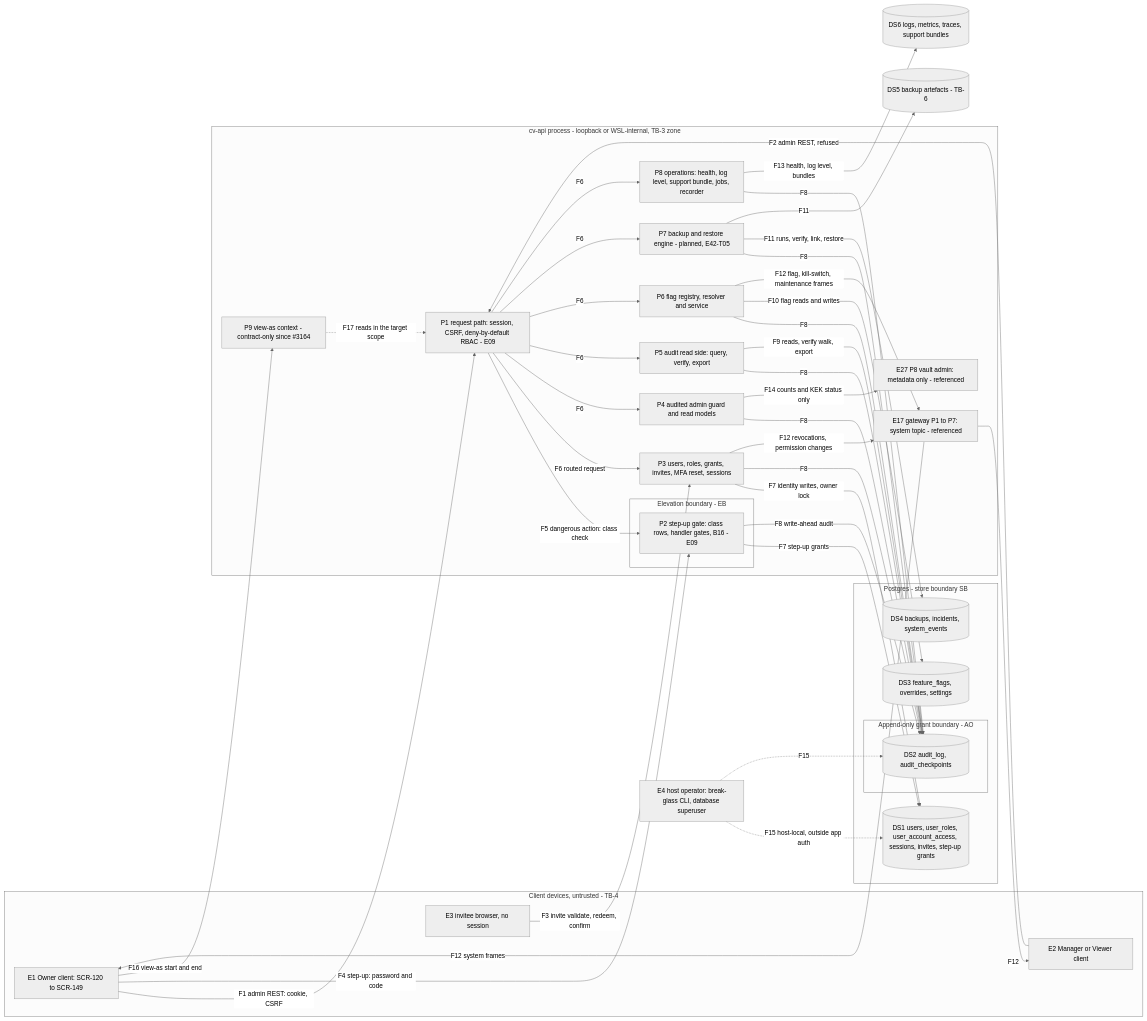
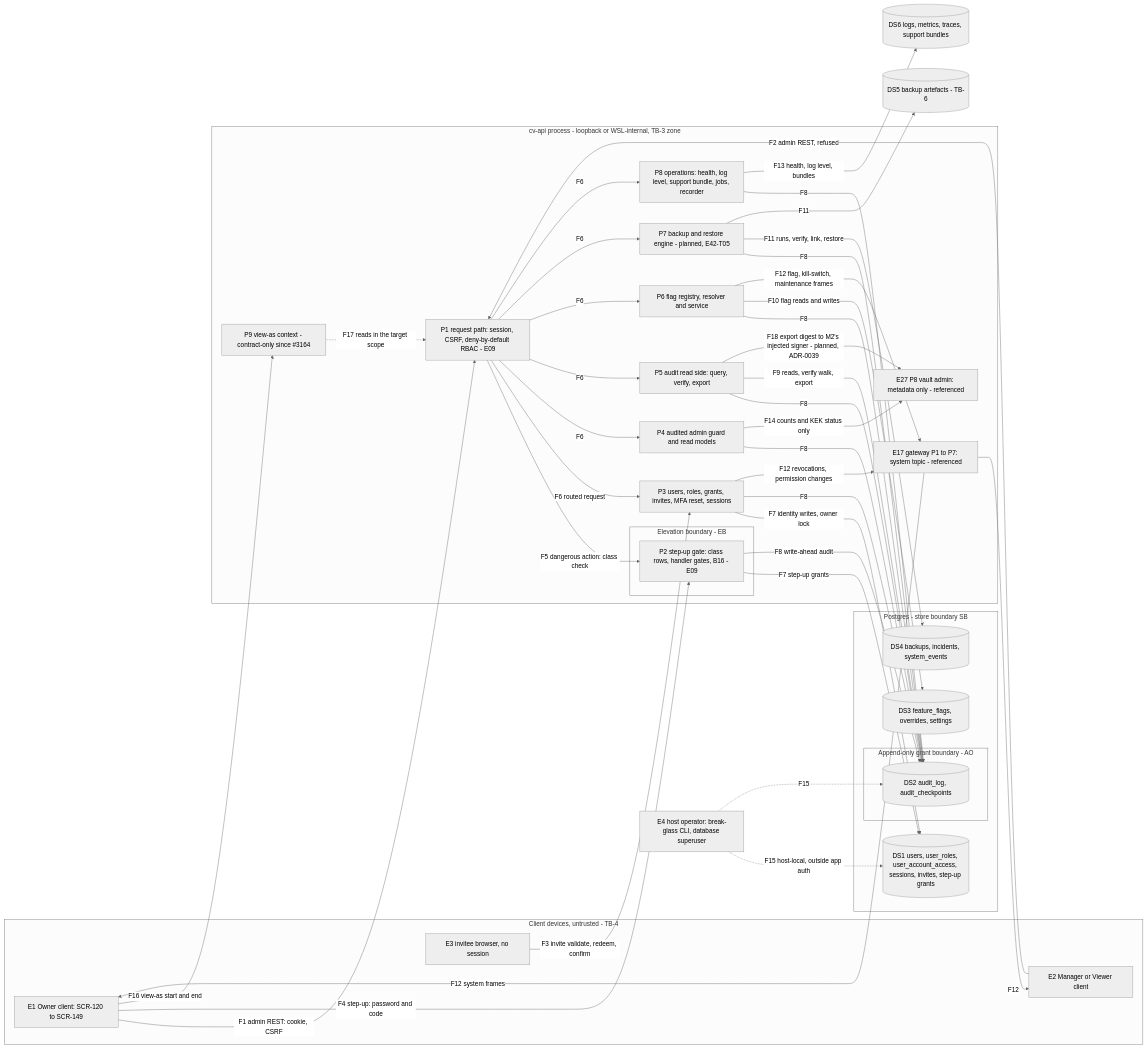
One commit to CandleViewer/CandleViewer changed the diagram in docs/security/threat-models/e42-admin.md. Above: the diagram before and after it, drawn with Mermaid (neutral theme). The commit also changed other lines of this file and 5 other files, not shown here.

````diff
--- a/docs/security/threat-models/e42-admin.md
+++ b/docs/security/threat-models/e42-admin.md
@@ -267,68 +274,69 @@
 ```mermaid
 flowchart LR
   subgraph TB4[Client devices, untrusted - TB-4]
     E1[E1 Owner client: SCR-120 to SCR-149]
     E2[E2 Manager or Viewer client]
     E3[E3 invitee browser, no session]
   end
   subgraph API[cv-api process - loopback or WSL-internal, TB-3 zone]
     P1[P1 request path: session, CSRF, deny-by-default RBAC - E09]
     subgraph EB[Elevation boundary - EB]
       P2[P2 step-up gate: class rows, handler gates, B16 - E09]
     end
     P3[P3 users, roles, grants, invites, MFA reset, sessions]
     P4[P4 audited admin guard and read models]
     P5[P5 audit read side: query, verify, export]
     P6[P6 flag registry, resolver and service]
     P7[P7 backup and restore engine - planned, E42-T05]
     P8[P8 operations: health, log level, support bundle, jobs, recorder]
     P9[P9 view-as context - contract-only since #3164]
     WS[E17 gateway P1 to P7: system topic - referenced]
     KV[E27 P8 vault admin: metadata only - referenced]
   end
   subgraph SB[Postgres - store boundary SB]
     DS1[(DS1 users, user_roles, user_account_access, sessions, invites, step-up grants)]
     subgraph AO[Append-only grant boundary - AO]
       DS2[(DS2 audit_log, audit_checkpoints)]
     end
     DS3[(DS3 feature_flags, overrides, settings)]
     DS4[(DS4 backups, incidents, system_events)]
   end
   DS5[(DS5 backup artefacts - TB-6)]
   DS6[(DS6 logs, metrics, traces, support bundles)]
   E4[E4 host operator: break-glass CLI, database superuser]
   E1 -->|F1 admin REST: cookie, CSRF| P1
   E2 -->|F2 admin REST, refused| P1
   E3 -->|F3 invite validate, redeem, confirm| P3
   E1 -->|F4 step-up: password and code| P2
   P1 -->|F5 dangerous action: class check| P2
   P1 -->|F6 routed request| P3
   P1 -->|F6| P4
   P1 -->|F6| P5
   P1 -->|F6| P6
   P1 -->|F6| P7
   P1 -->|F6| P8
   P2 -->|F7 step-up grants| DS1
   P3 -->|F7 identity writes, owner lock| DS1
   P2 -->|F8 write-ahead audit| DS2
   P3 -->|F8| DS2
   P4 -->|F8| DS2
   P5 -->|F8| DS2
   P6 -->|F8| DS2
   P7 -->|F8| DS2
   P8 -->|F8| DS2
   P5 -->|F9 reads, verify walk, export| DS2
   P6 -->|F10 flag reads and writes| DS3
   P7 -->|F11 runs, verify, link, restore| DS4
   P7 -->|F11| DS5
   P6 -->|F12 flag, kill-switch, maintenance frames| WS
   P3 -->|F12 revocations, permission changes| WS
   WS -->|F12 system frames| E1
   WS -->|F12| E2
   P8 -->|F13 health, log level, bundles| DS6
   P4 -->|F14 counts and KEK status only| KV
+  P5 -->|F18 export digest to M2's injected signer - planned, ADR-0039| KV
   E4 -.->|F15 host-local, outside app auth| DS1
   E4 -.->|F15| DS2
   E1 -->|F16 view-as start and end| P9
   P9 -.->|F17 reads in the target scope| P1
 ```
````
